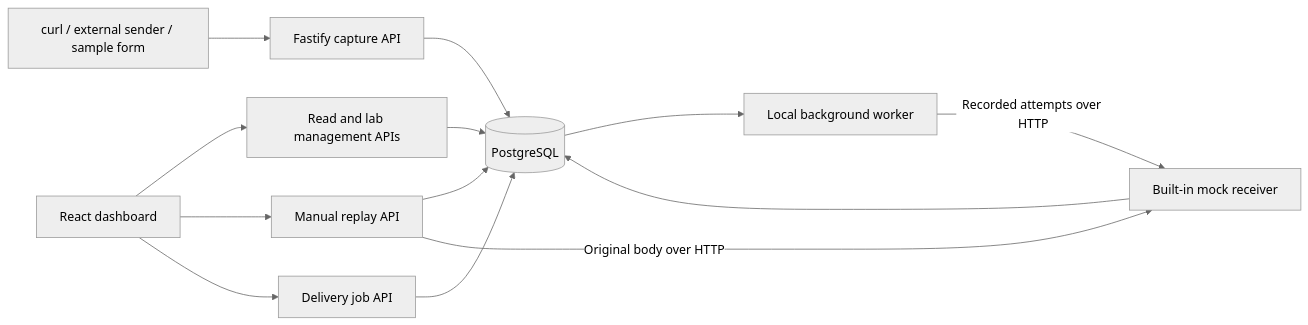
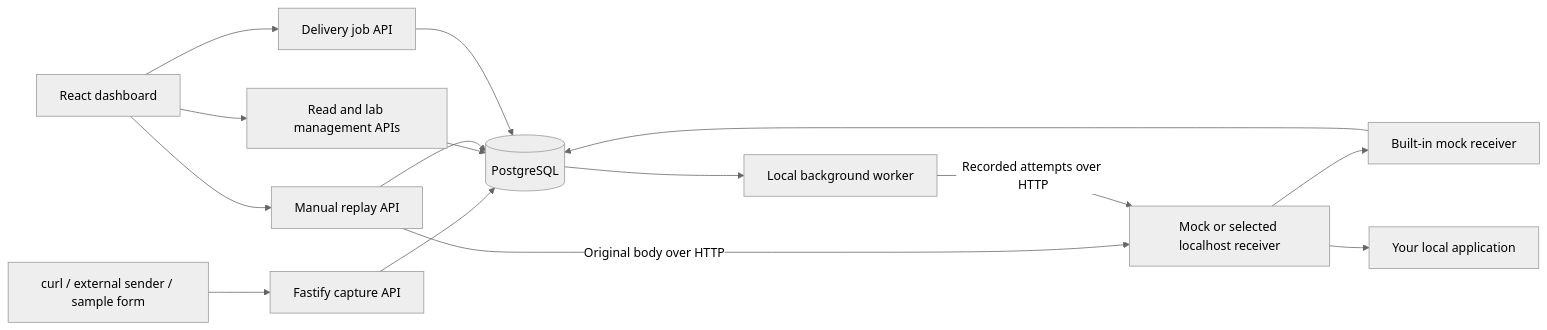
The diagram in README.md (Taketsuru4/webhook-lab), drawn with Mermaid (neutral theme) before and after one commit. The commit also changed other lines of this file and 17 other files, not shown here.

Commit message:
Support selected localhost receivers for replay and retry jobs

````diff
--- a/README.md
+++ b/README.md
@@ -119,15 +146,17 @@
 ```mermaid
 flowchart LR
     Sender[curl / external sender / sample form] --> API[Fastify capture API]
     API --> DB[(PostgreSQL)]
     UI[React dashboard] --> Management[Read and lab management APIs]
     Management --> DB
     UI --> Replay[Manual replay API]
     Replay --> DB
-    Replay -->|Original body over HTTP| Mock[Built-in mock receiver]
+    Replay -->|Original body over HTTP| Target[Mock or selected localhost receiver]
+    Target --> Mock[Built-in mock receiver]
+    Target --> Local[Your local application]
     Mock --> DB
     UI --> Queue[Delivery job API]
     Queue --> DB
     DB --> Worker[Local background worker]
-    Worker -->|Recorded attempts over HTTP| Mock
+    Worker -->|Recorded attempts over HTTP| Target
 ```
````
